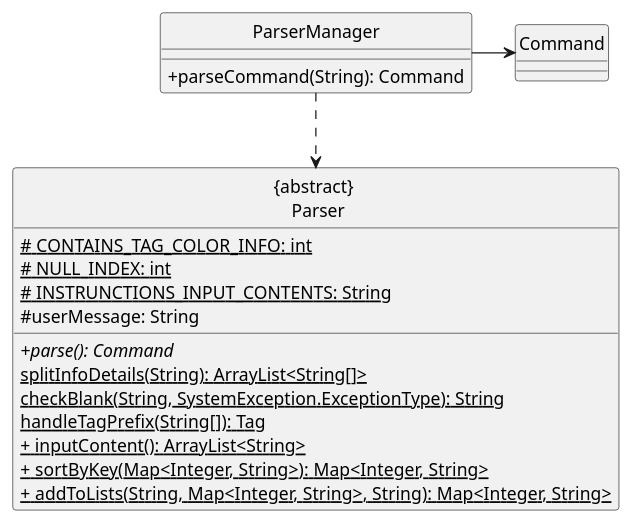
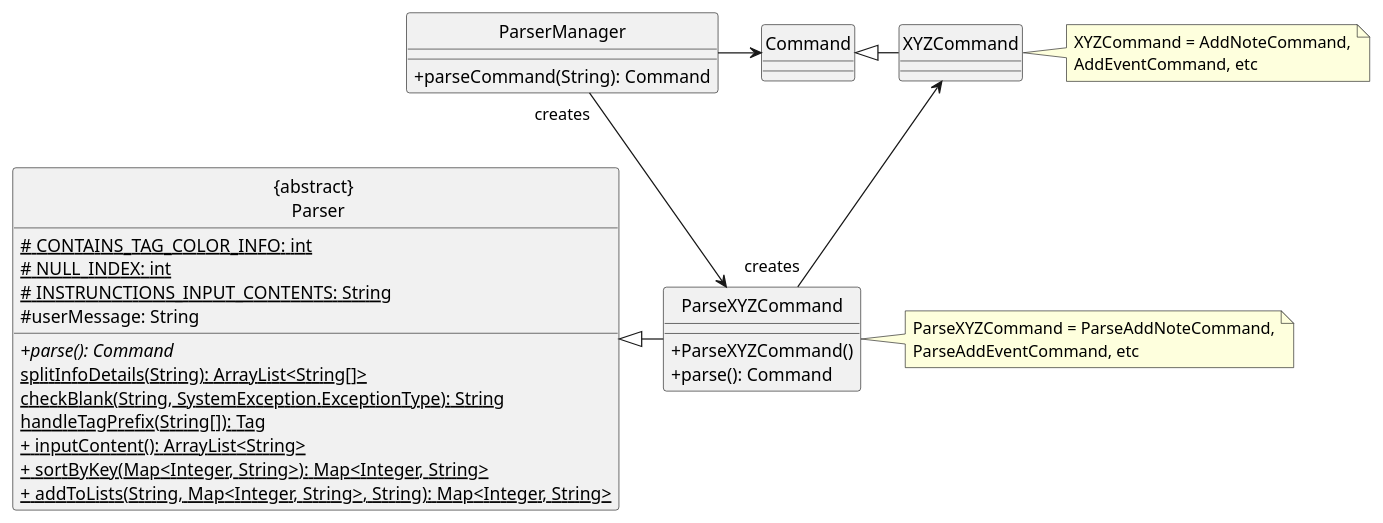
The diagram in docs/diagrams/ParserManager.puml (nus-cs2113-AY2021S1/tp), drawn with PlantUML before and after one commit. The commit also changed other lines of this file and 8 other files, not shown here.

```diff
--- a/docs/diagrams/ParserManager.puml
+++ b/docs/diagrams/ParserManager.puml
@@ -1,27 +1,49 @@
 @startuml
 
 hide circle
 skinparam classAttributeIconSize 0
 
 class "{abstract} \n Parser" {
 <u># CONTAINS_TAG_COLOR_INFO: int</u>
 <u># NULL_INDEX: int</u>
 <u># INSTRUNCTIONS_INPUT_CONTENTS: String </u>
 # userMessage: String
-+ {abstract} parse(): Command
++ parse(): Command {abstract}
 <u>splitInfoDetails(String): ArrayList<String[]></u>
 <u>checkBlank(String, SystemException.ExceptionType): String</u>
 <u>handleTagPrefix(String[]): Tag</u>
 <u>+ inputContent(): ArrayList<String></u>
 <u>+ sortByKey(Map<Integer, String>): Map<Integer, String></u>
 <u>+ addToLists(String, Map<Integer, String>, String): Map<Integer, String></u>
 }
 
-class ParserManager {
-+parseCommand(String): Command
+class ParseXYZCommand {
++ ParseXYZCommand()
++ parse(): Command
 }
 
-ParserManager ..> "{abstract} \n Parser"
+class XYZCommand {
+}
+
+class ParserManager {
++ parseCommand(String): Command
+}
+
+ParserManager "creates" -down-> ParseXYZCommand
 ParserManager -> Command
 
+ParseXYZCommand -left|> "{abstract} \n Parser"
+ParseXYZCommand "creates" --up> XYZCommand
+XYZCommand -up|> Command
+
+note right of XYZCommand
+XYZCommand = AddNoteCommand,
+AddEventCommand, etc
+end note
+
+note right of ParseXYZCommand
+ParseXYZCommand = ParseAddNoteCommand,
+ParseAddEventCommand, etc
+end note
+
 @enduml
```
